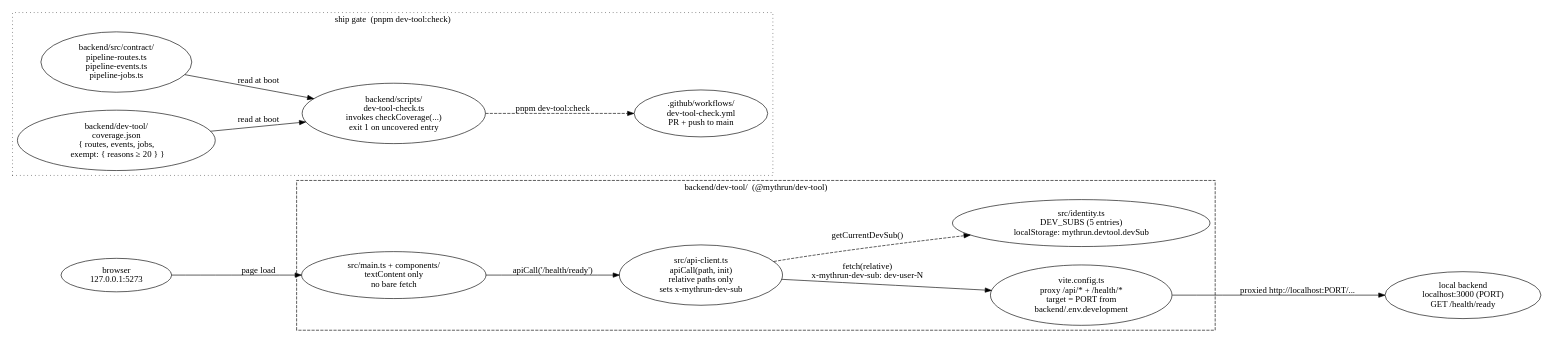
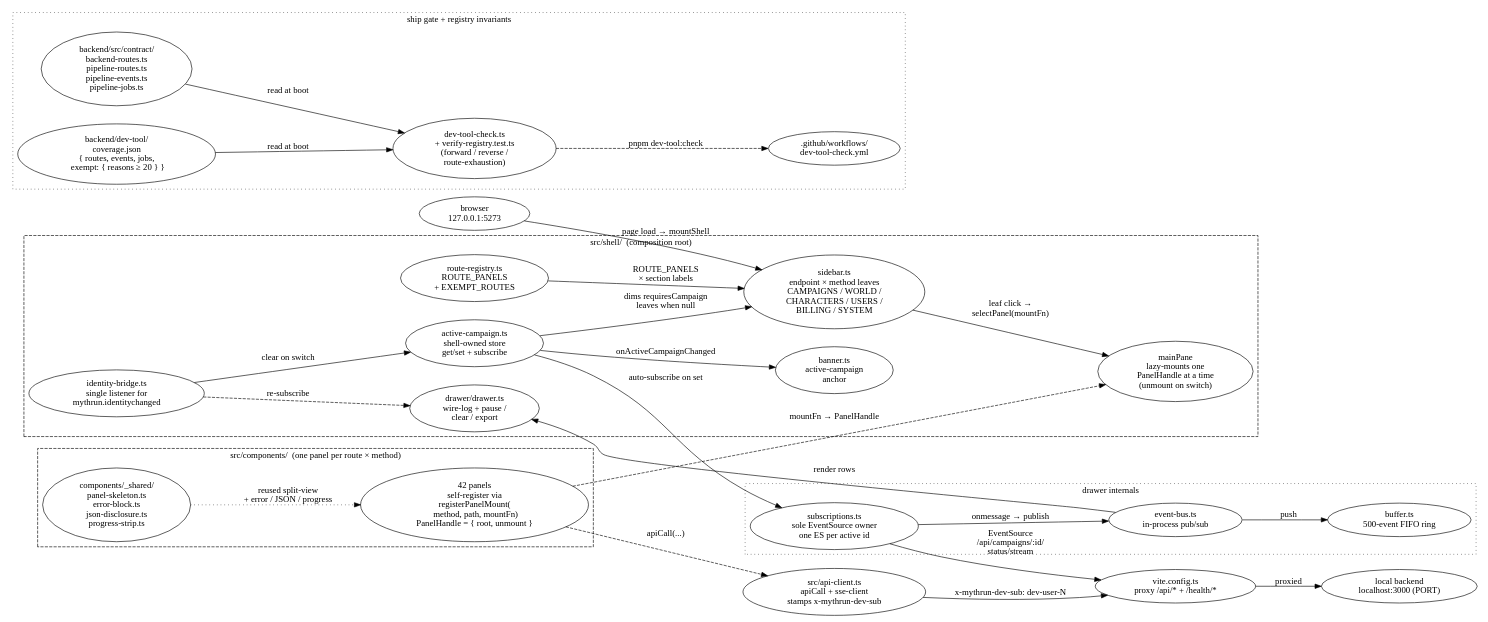
The diagram in docs/wiki/diagrams/runtime/dev-tool.dot (mythrun/mythrun), drawn with Graphviz before and after one commit. The commit also changed 7 other files, not shown here.

First line of the commit message:
docs(wiki): sync for myth-mbdc — dev-tool shell architecture

```diff
--- a/docs/wiki/diagrams/runtime/dev-tool.dot
+++ b/docs/wiki/diagrams/runtime/dev-tool.dot
@@ -1,49 +1,91 @@
 digraph dev_tool {
-  // The dev tool. A throwaway, local-only engineering UI that runs against
-  // the local backend through a Vite proxy. Browser ←→ Vite (5273) ←→
-  // backend (3000). A ship gate (pnpm dev-tool:check) compares three
-  // contract files at backend/src/contract/ against backend/dev-tool/
-  // coverage.json and errors when a contract entry is uncovered.
+  // The dev tool shell. A throwaway, local-only engineering UI: one panel
+  // per backend route × method. A shell-owned active-campaign store + a
+  // persistent right-side wire-log drawer (sole EventSource owner) feed
+  // every panel. The ship gate (pnpm dev-tool:check) plus a registry
+  // invariant test keep coverage honest.
   rankdir=LR;
   compound=true;
   nodesep=0.4;
   ranksep=0.7;
 
   browser [label="browser\n127.0.0.1:5273", color="ember", fontcolor="ember"];
 
-  subgraph cluster_devtool {
-    label="backend/dev-tool/  (@mythrun/dev-tool)";
+  subgraph cluster_shell {
+    label="src/shell/  (composition root)";
     style="dashed";
     color="ember";
     fontcolor="ember";
 
-    vite      [label="vite.config.ts\nproxy /api/* + /health/*\ntarget = PORT from\nbackend/.env.development"];
-    identity  [label="src/identity.ts\nDEV_SUBS (5 entries)\nlocalStorage: mythrun.devtool.devSub"];
-    api       [label="src/api-client.ts\napiCall(path, init)\nrelative paths only\nsets x-mythrun-dev-sub"];
-    main      [label="src/main.ts + components/\ntextContent only\nno bare fetch"];
+    sidebar      [label="sidebar.ts\nendpoint × method leaves\nCAMPAIGNS / WORLD /\nCHARACTERS / USERS /\nBILLING / SYSTEM"];
+    banner       [label="banner.ts\nactive-campaign\nanchor"];
+    mainPane     [label="mainPane\nlazy-mounts one\nPanelHandle at a time\n(unmount on switch)"];
+    drawer       [label="drawer/drawer.ts\nwire-log + pause /\nclear / export"];
+    activeCamp   [label="active-campaign.ts\nshell-owned store\nget/set + subscribe"];
+    identityBr   [label="identity-bridge.ts\nsingle listener for\nmythrun.identitychanged"];
+    routeReg     [label="route-registry.ts\nROUTE_PANELS\n+ EXEMPT_ROUTES"];
+  }
+
+  subgraph cluster_drawer_internals {
+    label="drawer internals";
+    style="dotted";
+
+    subs   [label="subscriptions.ts\nsole EventSource owner\none ES per active id"];
+    bus    [label="event-bus.ts\nin-process pub/sub"];
+    buffer [label="buffer.ts\n500-event FIFO ring"];
+  }
+
+  subgraph cluster_panels {
+    label="src/components/  (one panel per route × method)";
+    style="dashed";
+
+    panels [label="42 panels\nself-register via\nregisterPanelMount(\n  method, path, mountFn)\nPanelHandle = { root, unmount }"];
+    shared [label="components/_shared/\npanel-skeleton.ts\nerror-block.ts\njson-disclosure.ts\nprogress-strip.ts"];
   }
 
   subgraph cluster_gate {
-    label="ship gate  (pnpm dev-tool:check)";
+    label="ship gate + registry invariants";
     style="dotted";
 
-    contracts [label="backend/src/contract/\npipeline-routes.ts\npipeline-events.ts\npipeline-jobs.ts"];
+    contracts [label="backend/src/contract/\nbackend-routes.ts\npipeline-routes.ts\npipeline-events.ts\npipeline-jobs.ts"];
     coverage  [label="backend/dev-tool/\ncoverage.json\n{ routes, events, jobs,\n  exempt: { reasons ≥ 20 } }"];
-    check     [label="backend/scripts/\ndev-tool-check.ts\ninvokes checkCoverage(...)\nexit 1 on uncovered entry"];
-    ci        [label=".github/workflows/\ndev-tool-check.yml\nPR + push to main"];
+    check     [label="dev-tool-check.ts\n+ verify-registry.test.ts\n(forward / reverse /\nroute-exhaustion)"];
+    ci        [label=".github/workflows/\ndev-tool-check.yml"];
   }
 
-  backend [label="local backend\nlocalhost:3000 (PORT)\nGET /health/ready", color="ember", fontcolor="ember"];
+  vite    [label="vite.config.ts\nproxy /api/* + /health/*"];
+  api     [label="src/api-client.ts\napiCall + sse-client\nstamps x-mythrun-dev-sub"];
+  backend [label="local backend\nlocalhost:3000 (PORT)", color="ember", fontcolor="ember"];
 
-  // Browser path through the proxy
-  browser -> main         [label="page load"];
-  main    -> api          [label="apiCall('/health/ready')"];
-  api     -> identity     [label="getCurrentDevSub()", style=dashed];
-  api     -> vite         [label="fetch(relative)\nx-mythrun-dev-sub: dev-user-N"];
-  vite    -> backend      [label="proxied http://localhost:PORT/..."];
+  // Browser → shell mount
+  browser -> sidebar [label="page load → mountShell"];
+  sidebar -> mainPane [label="leaf click →\nselectPanel(mountFn)"];
+  routeReg -> sidebar [label="ROUTE_PANELS\n× section labels"];
+  panels -> mainPane [label="mountFn → PanelHandle", style=dashed];
+  shared -> panels [style=dotted, label="reused split-view\n+ error / JSON / progress"];
+
+  // Active-campaign fan-out
+  activeCamp -> banner [label="onActiveCampaignChanged"];
+  activeCamp -> sidebar [label="dims requiresCampaign\nleaves when null"];
+  activeCamp -> subs [label="auto-subscribe on set"];
+
+  // Identity bridge
+  identityBr -> activeCamp [label="clear on switch"];
+  identityBr -> drawer [label="re-subscribe", style=dashed];
+
+  // Drawer internals
+  subs -> bus [label="onmessage → publish"];
+  bus -> buffer [label="push"];
+  bus -> drawer [label="render rows"];
+
+  // HTTP path
+  panels -> api [label="apiCall(...)", style=dashed];
+  api -> vite [label="x-mythrun-dev-sub: dev-user-N"];
+  vite -> backend [label="proxied"];
+  subs -> vite [label="EventSource\n/api/campaigns/:id/\nstatus/stream"];
 
   // Ship gate path
-  contracts -> check      [label="read at boot"];
-  coverage  -> check      [label="read at boot"];
-  check     -> ci         [label="pnpm dev-tool:check", style=dashed];
+  contracts -> check [label="read at boot"];
+  coverage -> check [label="read at boot"];
+  check -> ci [label="pnpm dev-tool:check", style=dashed];
 }
```
